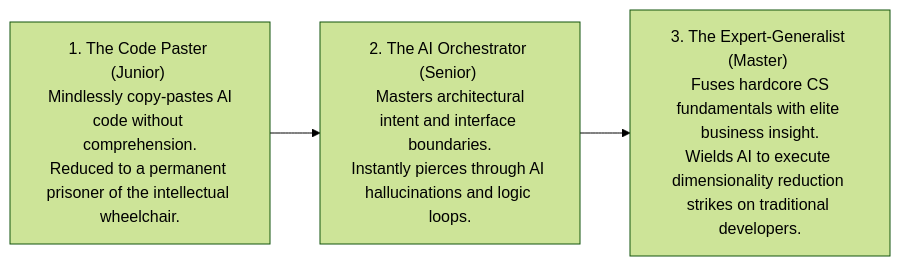
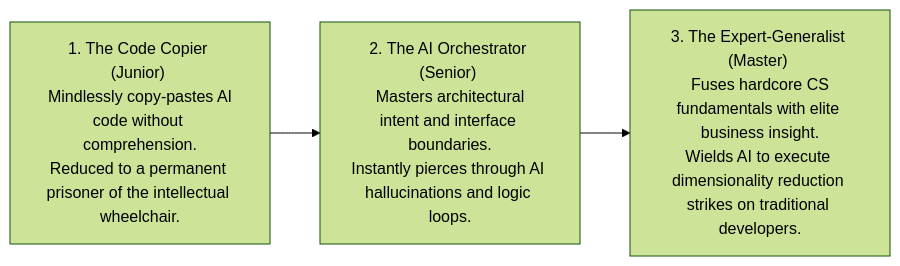
The diagram in i18n/en/docusaurus-plugin-content-docs/current/growth.md (ruanqizhen/cocode), drawn with Mermaid (forest theme) before and after one commit. The commit also changed other lines of this file and 29 other files, not shown here.

````diff
--- a/i18n/en/docusaurus-plugin-content-docs/current/growth.md
+++ b/i18n/en/docusaurus-plugin-content-docs/current/growth.md
@@ -43,5 +43,5 @@
 ```mermaid
 graph LR
-    Paster["1. The Code Paster (Junior) <br> Mindlessly copy-pastes AI code without comprehension.<br>Reduced to a permanent prisoner of the intellectual wheelchair."] --> Director["2. The AI Orchestrator (Senior) <br> Masters architectural intent and interface boundaries.<br>Instantly pierces through AI hallucinations and logic loops."]
+    Copier["1. The Code Copier (Junior) <br> Mindlessly copy-pastes AI code without comprehension.<br>Reduced to a permanent prisoner of the intellectual wheelchair."] --> Director["2. The AI Orchestrator (Senior) <br> Masters architectural intent and interface boundaries.<br>Instantly pierces through AI hallucinations and logic loops."]
     Director --> Architect["3. The Expert-Generalist (Master) <br> Fuses hardcore CS fundamentals with elite business insight.<br>Wields AI to execute dimensionality reduction strikes on traditional developers."]
 ```
````
